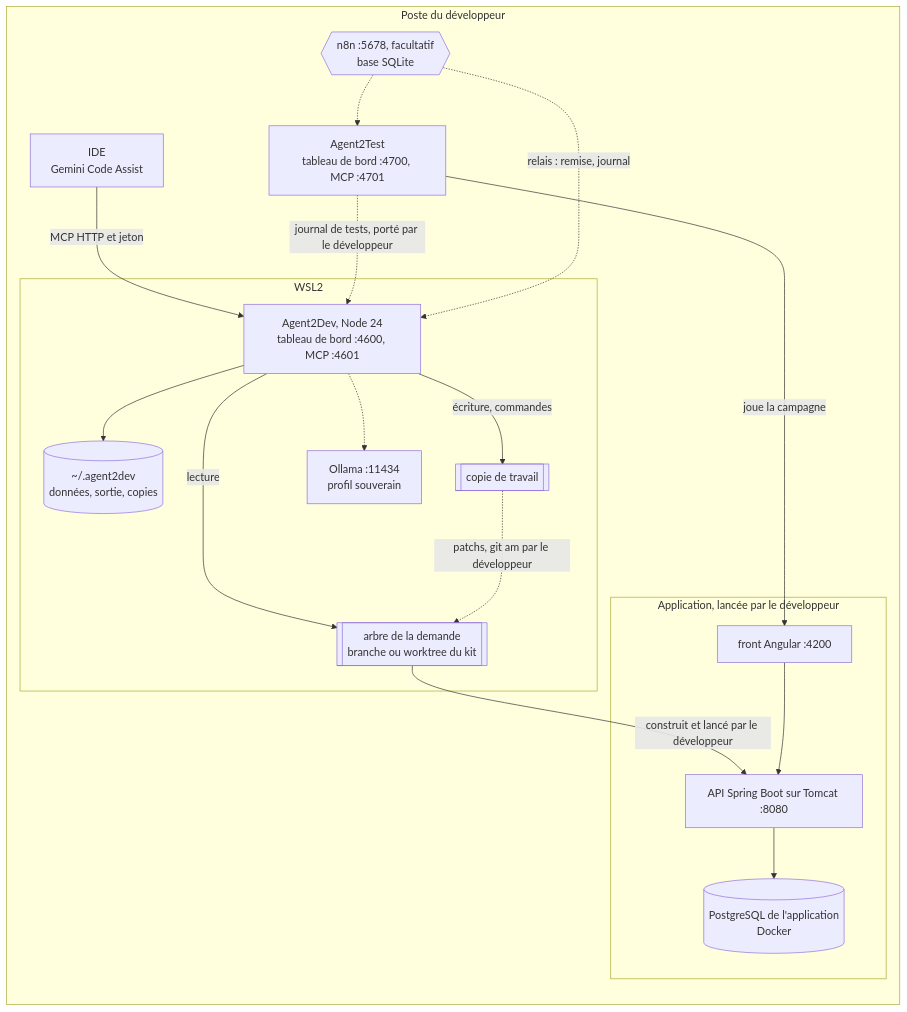
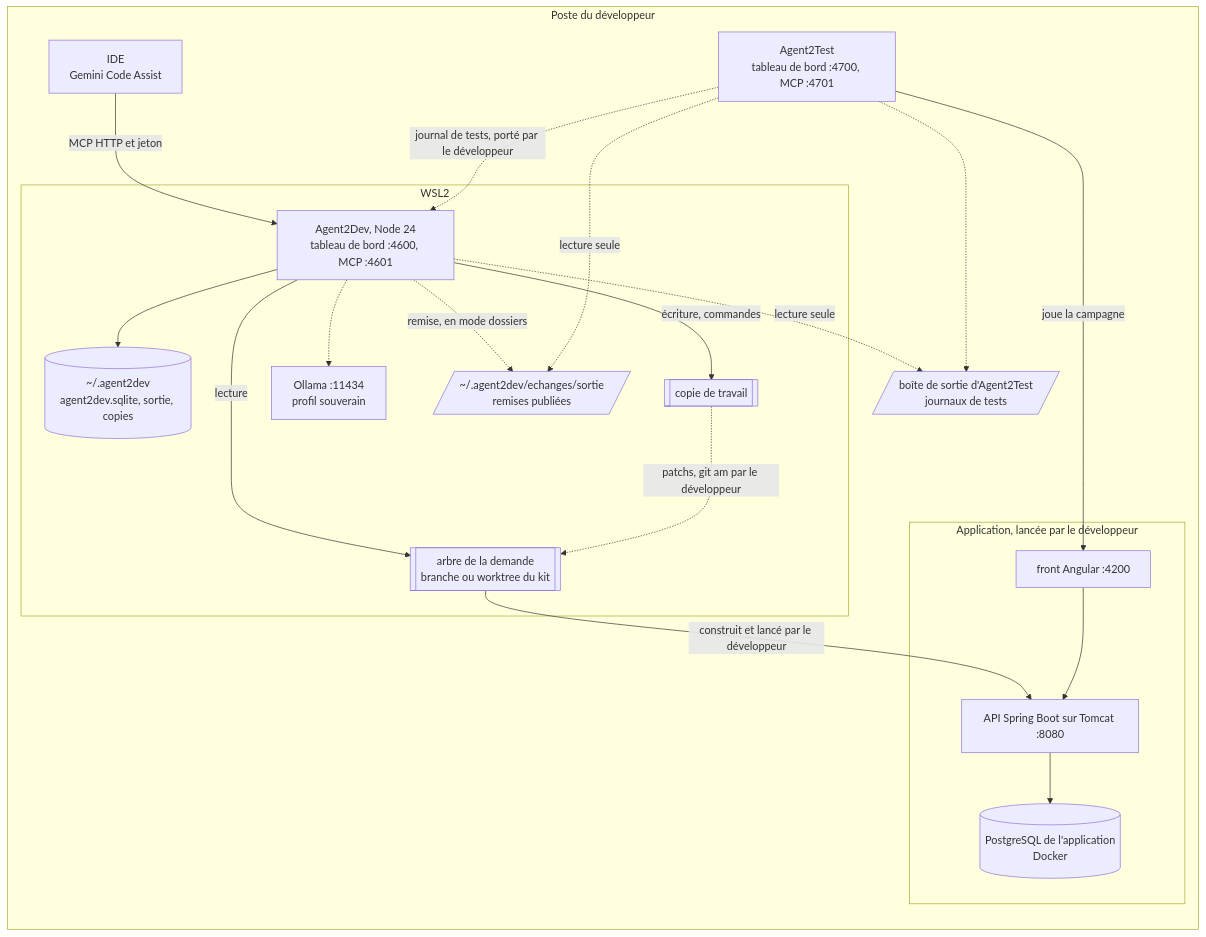
One commit to FredGarcia/Agent2Prompt changed the diagram in specs/agent2dev/modules/exploitation/SKILL.md. Above: the diagram before and after it, drawn with Mermaid. The commit also changed other lines of this file and 48 other files, not shown here.

````diff
--- a/specs/agent2dev/modules/exploitation/SKILL.md
+++ b/specs/agent2dev/modules/exploitation/SKILL.md
@@ -14,32 +14,35 @@
 ```mermaid
 flowchart LR
   subgraph POSTE["Poste du développeur"]
     VSC["IDE<br/>Gemini Code Assist"]
     subgraph WSL["WSL2"]
       NODE["Agent2Dev, Node 24<br/>tableau de bord :4600, MCP :4601"]
-      DATA[("~/.agent2dev<br/>données, sortie, copies")]
+      DATA[("~/.agent2dev<br/>agent2dev.sqlite, sortie, copies")]
+      ECH[/"~/.agent2dev/echanges/sortie<br/>remises publiées"/]
       ARBRE[["arbre de la demande<br/>branche ou worktree du kit"]]
       COPIE[["copie de travail"]]
       OLL["Ollama :11434<br/>profil souverain"]
     end
     subgraph APPLI["Application, lancée par le développeur"]
       API["API Spring Boot sur Tomcat :8080"]
       NG["front Angular :4200"]
       PGA[("PostgreSQL de l'application<br/>Docker")]
     end
     A2T["Agent2Test<br/>tableau de bord :4700, MCP :4701"]
-    N8N{{"n8n :5678, facultatif<br/>base SQLite"}}
+    ECT[/"boîte de sortie d'Agent2Test<br/>journaux de tests"/]
   end
   VSC -->|"MCP HTTP et jeton"| NODE
   NODE --> DATA
   NODE -->|"lecture"| ARBRE
   NODE -->|"écriture, commandes"| COPIE
   COPIE -.->|"patchs, git am par le développeur"| ARBRE
   NODE -.-> OLL
   ARBRE -->|"construit et lancé par le développeur"| API
   NG --> API --> PGA
   A2T -->|"joue la campagne"| NG
   A2T -.->|"journal de tests, porté par le développeur"| NODE
-  N8N -.->|"relais : remise, journal"| NODE
-  N8N -.-> A2T
+  NODE -.->|"remise, en mode dossiers"| ECH
+  A2T -.->|"lecture seule"| ECH
+  A2T -.-> ECT
+  NODE -.->|"lecture seule"| ECT
 ```
````
